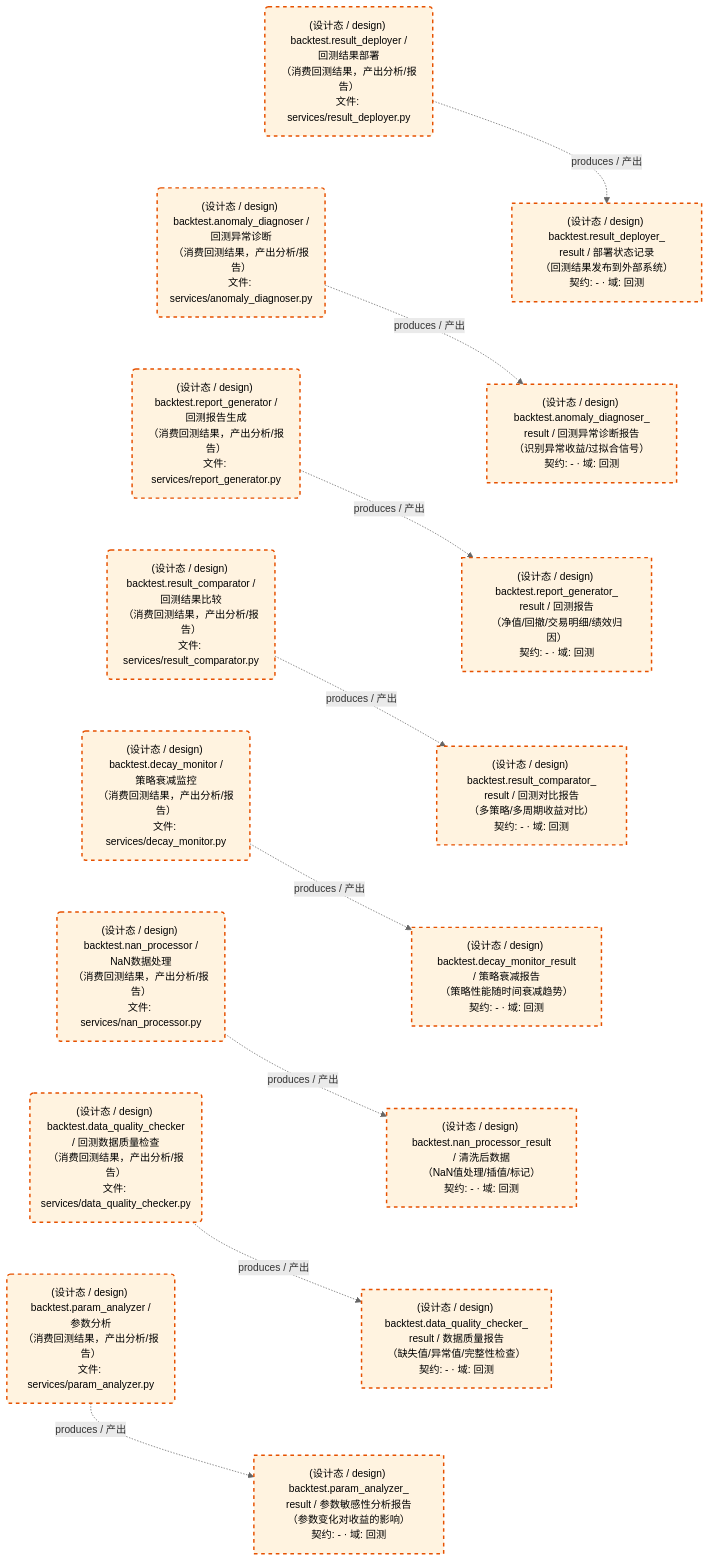
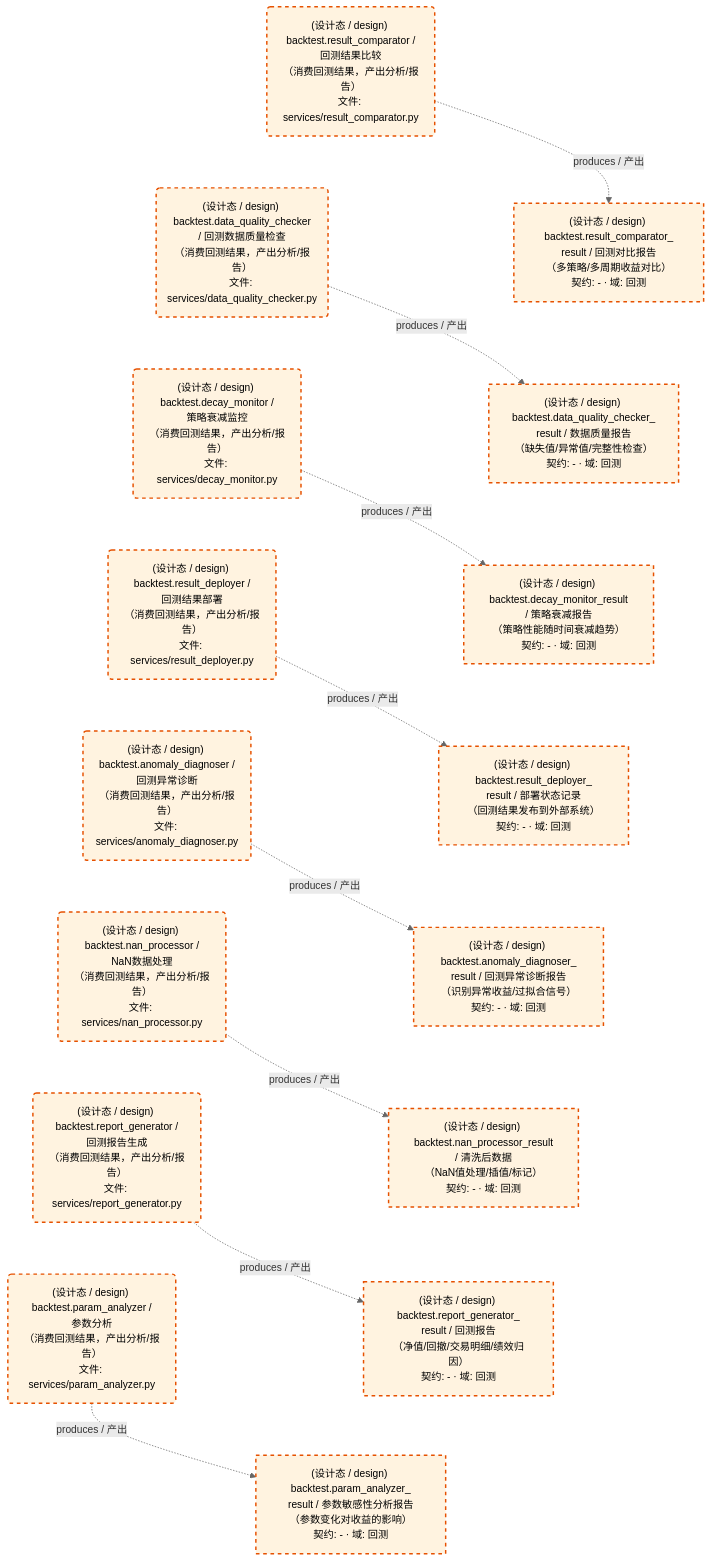
The third of 3 diagrams in docs/02_enterprise_architecture/05_dataflow_architecture/d_backtest.md (xuanFelixVan/ZephyrAlpha), drawn with Mermaid before and after one commit. The commit also changed other lines of this file and 173 other files, not shown here.

````diff
--- a/docs/02_enterprise_architecture/05_dataflow_architecture/d_backtest.md
+++ b/docs/02_enterprise_architecture/05_dataflow_architecture/d_backtest.md
@@ -160,47 +160,47 @@
 ```mermaid
 %%{init: {'theme': 'base', 'themeVariables': {'primaryColor': '#eaeaea', 'primaryTextColor': '#333333', 'primaryBorderColor': '#666666', 'lineColor': '#666666', 'secondaryColor': '#eaeaea', 'tertiaryColor': '#eaeaea', 'clusterBkg': 'transparent', 'clusterBorder': 'transparent', 'fontSize': '14px'}}}%%
 flowchart TD
     DS11245["(设计态 / design) backtest.anomaly_diagnoser_<br/>result / 回测异常诊断报告<br/>（识别异常收益/过拟合信号）<br/>契约: - · 域: 回测"]
     DS11246["(设计态 / design) backtest.data_quality_checker_<br/>result / 数据质量报告<br/>（缺失值/异常值/完整性检查）<br/>契约: - · 域: 回测"]
     DS11247["(设计态 / design) backtest.decay_monitor_result<br/>/ 策略衰减报告<br/>（策略性能随时间衰减趋势）<br/>契约: - · 域: 回测"]
     DS11248["(设计态 / design) backtest.nan_processor_result<br/>/ 清洗后数据<br/>（NaN值处理/插值/标记）<br/>契约: - · 域: 回测"]
     DS11249["(设计态 / design) backtest.param_analyzer_<br/>result / 参数敏感性分析报告<br/>（参数变化对收益的影响）<br/>契约: - · 域: 回测"]
     DS11250["(设计态 / design) backtest.report_generator_<br/>result / 回测报告<br/>（净值/回撤/交易明细/绩效归因）<br/>契约: - · 域: 回测"]
     DS11251["(设计态 / design) backtest.result_comparator_<br/>result / 回测对比报告<br/>（多策略/多周期收益对比）<br/>契约: - · 域: 回测"]
     DS11252["(设计态 / design) backtest.result_deployer_<br/>result / 部署状态记录<br/>（回测结果发布到外部系统）<br/>契约: - · 域: 回测"]
     JOB757609("(设计态 / design) backtest.anomaly_diagnoser /<br/>回测异常诊断<br/>（消费回测结果，产出分析/报告）<br/>文件: services/anomaly_diagnoser.py")
     JOB757610("(设计态 / design) backtest.data_quality_checker<br/>/ 回测数据质量检查<br/>（消费回测结果，产出分析/报告）<br/>文件: services/data_quality_checker.py")
     JOB757611("(设计态 / design) backtest.decay_monitor /<br/>策略衰减监控<br/>（消费回测结果，产出分析/报告）<br/>文件: services/decay_monitor.py")
     JOB757612("(设计态 / design) backtest.nan_processor /<br/>NaN数据处理<br/>（消费回测结果，产出分析/报告）<br/>文件: services/nan_processor.py")
     JOB757613("(设计态 / design) backtest.param_analyzer /<br/>参数分析<br/>（消费回测结果，产出分析/报告）<br/>文件: services/param_analyzer.py")
     JOB757614("(设计态 / design) backtest.report_generator /<br/>回测报告生成<br/>（消费回测结果，产出分析/报告）<br/>文件: services/report_generator.py")
     JOB757615("(设计态 / design) backtest.result_comparator /<br/>回测结果比较<br/>（消费回测结果，产出分析/报告）<br/>文件: services/result_comparator.py")
     JOB757616("(设计态 / design) backtest.result_deployer /<br/>回测结果部署<br/>（消费回测结果，产出分析/报告）<br/>文件: services/result_deployer.py")
     JOB757609 -.->|produces / 产出| DS11245
     JOB757610 -.->|produces / 产出| DS11246
     JOB757611 -.->|produces / 产出| DS11247
     JOB757612 -.->|produces / 产出| DS11248
     JOB757613 -.->|produces / 产出| DS11249
     JOB757614 -.->|produces / 产出| DS11250
     JOB757615 -.->|produces / 产出| DS11251
     JOB757616 -.->|produces / 产出| DS11252
+    JOB757615 ~~~ JOB757610
+    JOB757610 ~~~ JOB757611
+    JOB757611 ~~~ JOB757616
     JOB757616 ~~~ JOB757609
-    JOB757609 ~~~ JOB757614
-    JOB757614 ~~~ JOB757615
-    JOB757615 ~~~ JOB757611
-    JOB757611 ~~~ JOB757612
-    JOB757612 ~~~ JOB757610
-    JOB757610 ~~~ JOB757613
+    JOB757609 ~~~ JOB757612
+    JOB757612 ~~~ JOB757614
+    JOB757614 ~~~ JOB757613
+    DS11251 ~~~ DS11246
+    DS11246 ~~~ DS11247
+    DS11247 ~~~ DS11252
     DS11252 ~~~ DS11245
-    DS11245 ~~~ DS11250
-    DS11250 ~~~ DS11251
-    DS11251 ~~~ DS11247
-    DS11247 ~~~ DS11248
-    DS11248 ~~~ DS11246
-    DS11246 ~~~ DS11249
+    DS11245 ~~~ DS11248
+    DS11248 ~~~ DS11250
+    DS11250 ~~~ DS11249
     classDef production fill:#e1f5fe,stroke:#01579b,stroke-width:2px,color:#000
     classDef design fill:#fff3e0,stroke:#e65100,stroke-width:2px,color:#000,stroke-dasharray: 5 5
     classDef external_prod fill:#e8f4fd,stroke:#0277bd,stroke-width:1px,color:#000
     classDef external_design fill:#fff8e7,stroke:#ef6c00,stroke-width:1px,color:#000,stroke-dasharray: 5 5
     class DS11245,DS11246,DS11247,DS11248,DS11249,DS11250,DS11251,DS11252,JOB757609,JOB757610,JOB757611,JOB757612,JOB757613,JOB757614,JOB757615,JOB757616 design
 ```
````
